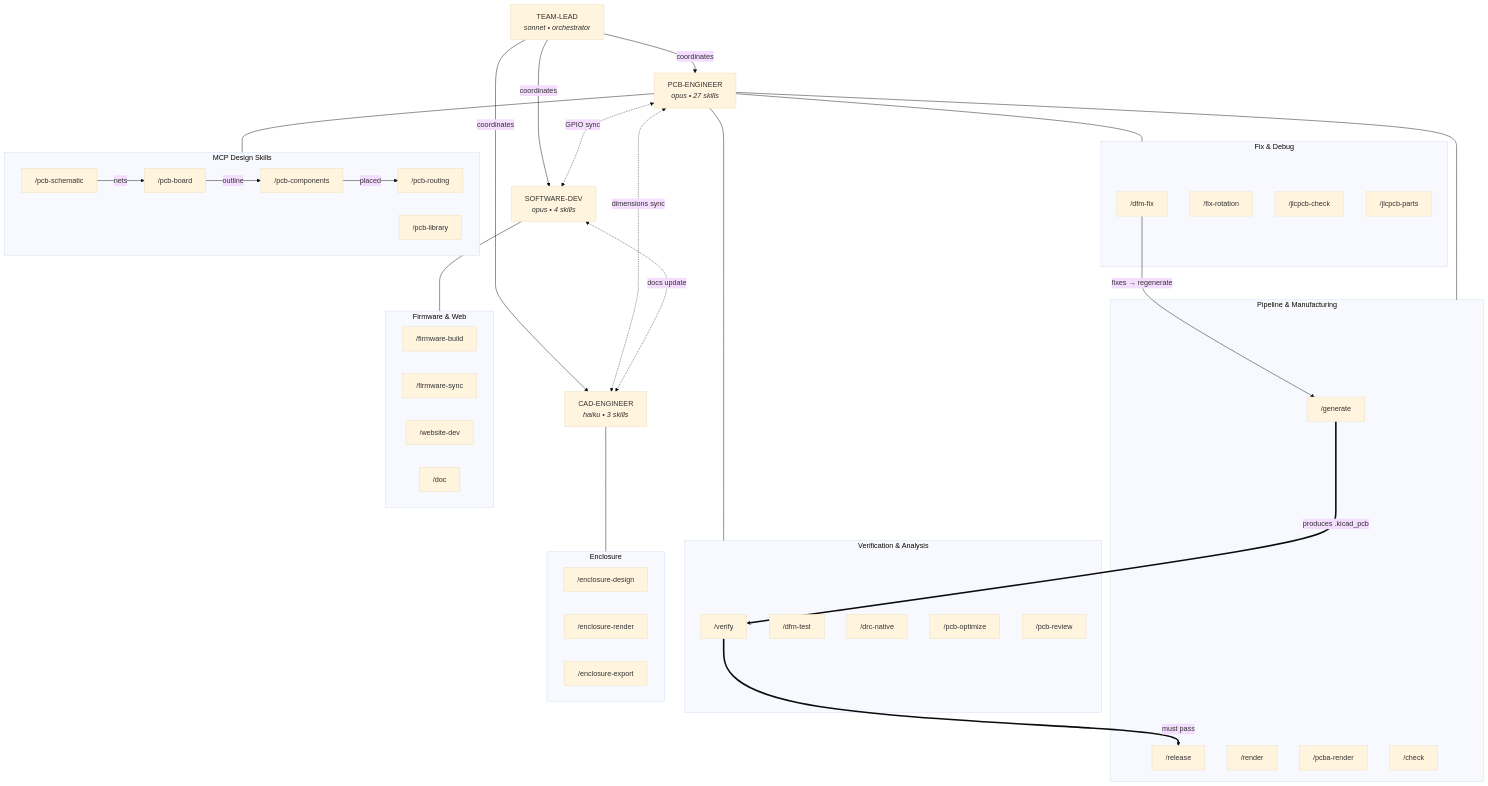
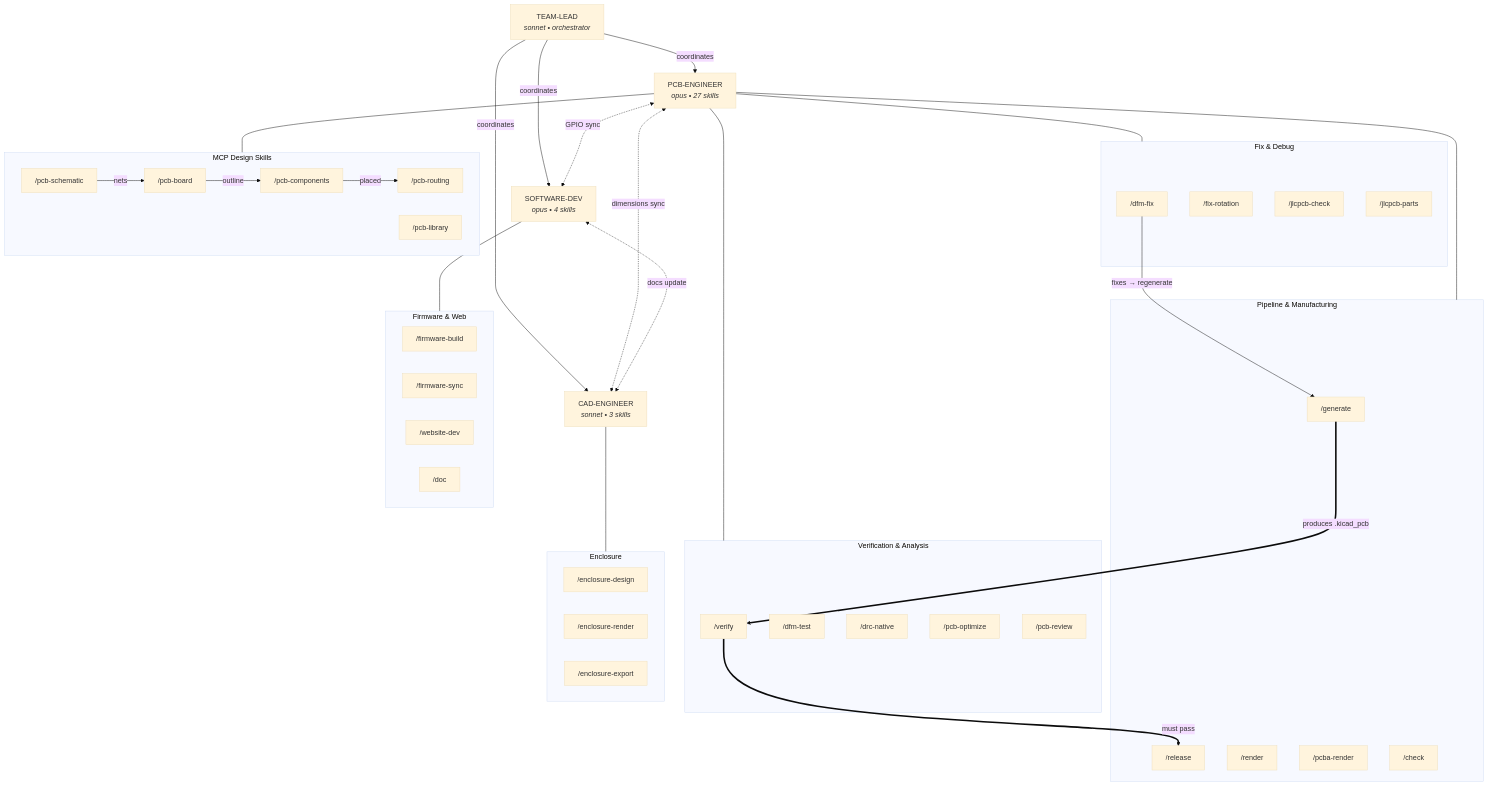
The diagram in docs/architecture.md (pjcau/esp32-emu-turbo), drawn with Mermaid (base theme) before and after one commit. The commit also changed 8 other files, not shown here.

First line of the commit message:
agents: cad-engineer to Sonnet 5, and fix the six places that still said haiku

````diff
--- a/docs/architecture.md
+++ b/docs/architecture.md
@@ -45,73 +45,73 @@
 ```mermaid
 graph TB
     TL["TEAM-LEAD<br/><i>sonnet • orchestrator</i>"]
     PCB["PCB-ENGINEER<br/><i>opus • 27 skills</i>"]
     SW["SOFTWARE-DEV<br/><i>opus • 4 skills</i>"]
-    CAD["CAD-ENGINEER<br/><i>haiku • 3 skills</i>"]
+    CAD["CAD-ENGINEER<br/><i>sonnet • 3 skills</i>"]
 
     TL -->|coordinates| PCB
     TL -->|coordinates| SW
     TL -->|coordinates| CAD
 
     PCB <-.->|"GPIO sync"| SW
     PCB <-.->|"dimensions sync"| CAD
     SW <-.->|"docs update"| CAD
 
     subgraph PCB_PIPELINE["Pipeline & Manufacturing"]
         s_generate["/generate"]
         s_release["/release"]
         s_render["/render"]
         s_pcba_render["/pcba-render"]
         s_check["/check"]
     end
 
     subgraph PCB_VERIFY["Verification & Analysis"]
         s_verify["/verify"]
         s_dfm_test["/dfm-test"]
         s_drc["/drc-native"]
         s_optimize["/pcb-optimize"]
         s_review["/pcb-review"]
     end
 
     subgraph PCB_FIX["Fix & Debug"]
         s_dfm_fix["/dfm-fix"]
         s_fix_rot["/fix-rotation"]
         s_jlcpcb_chk["/jlcpcb-check"]
         s_jlcpcb_parts["/jlcpcb-parts"]
     end
 
     subgraph PCB_DESIGN["MCP Design Skills"]
         s_schematic["/pcb-schematic"]
         s_components["/pcb-components"]
         s_routing["/pcb-routing"]
         s_library["/pcb-library"]
         s_board["/pcb-board"]
     end
 
     PCB --- PCB_PIPELINE
     PCB --- PCB_VERIFY
     PCB --- PCB_FIX
     PCB --- PCB_DESIGN
 
     subgraph SW_SKILLS["Firmware & Web"]
         s_fw_build["/firmware-build"]
         s_fw_sync["/firmware-sync"]
         s_web["/website-dev"]
         s_doc["/doc"]
     end
     SW --- SW_SKILLS
 
     subgraph CAD_SKILLS["Enclosure"]
         s_enc_design["/enclosure-design"]
         s_enc_render["/enclosure-render"]
         s_enc_export["/enclosure-export"]
     end
     CAD --- CAD_SKILLS
 
     s_generate ==>|"produces .kicad_pcb"| s_verify
     s_verify ==>|"must pass"| s_release
     s_dfm_fix -->|"fixes → regenerate"| s_generate
     s_schematic -->|"nets"| s_board
     s_board -->|"outline"| s_components
     s_components -->|"placed"| s_routing
 ```
````
